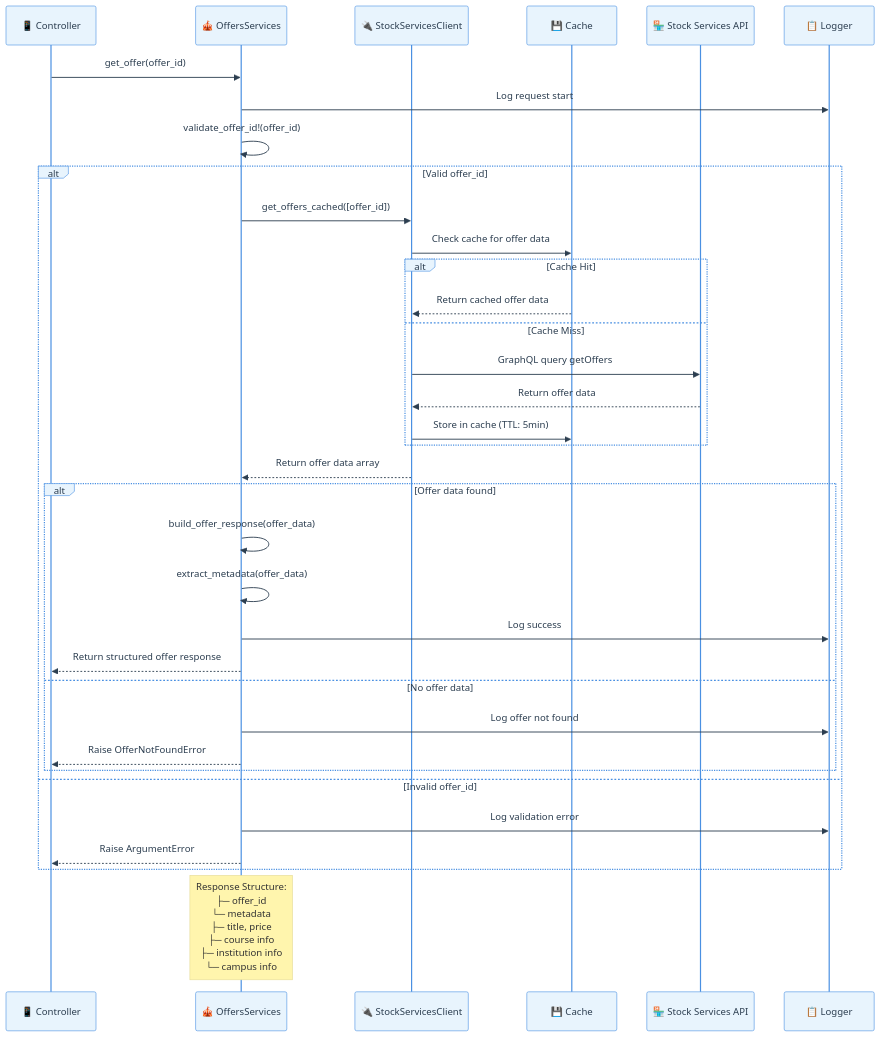
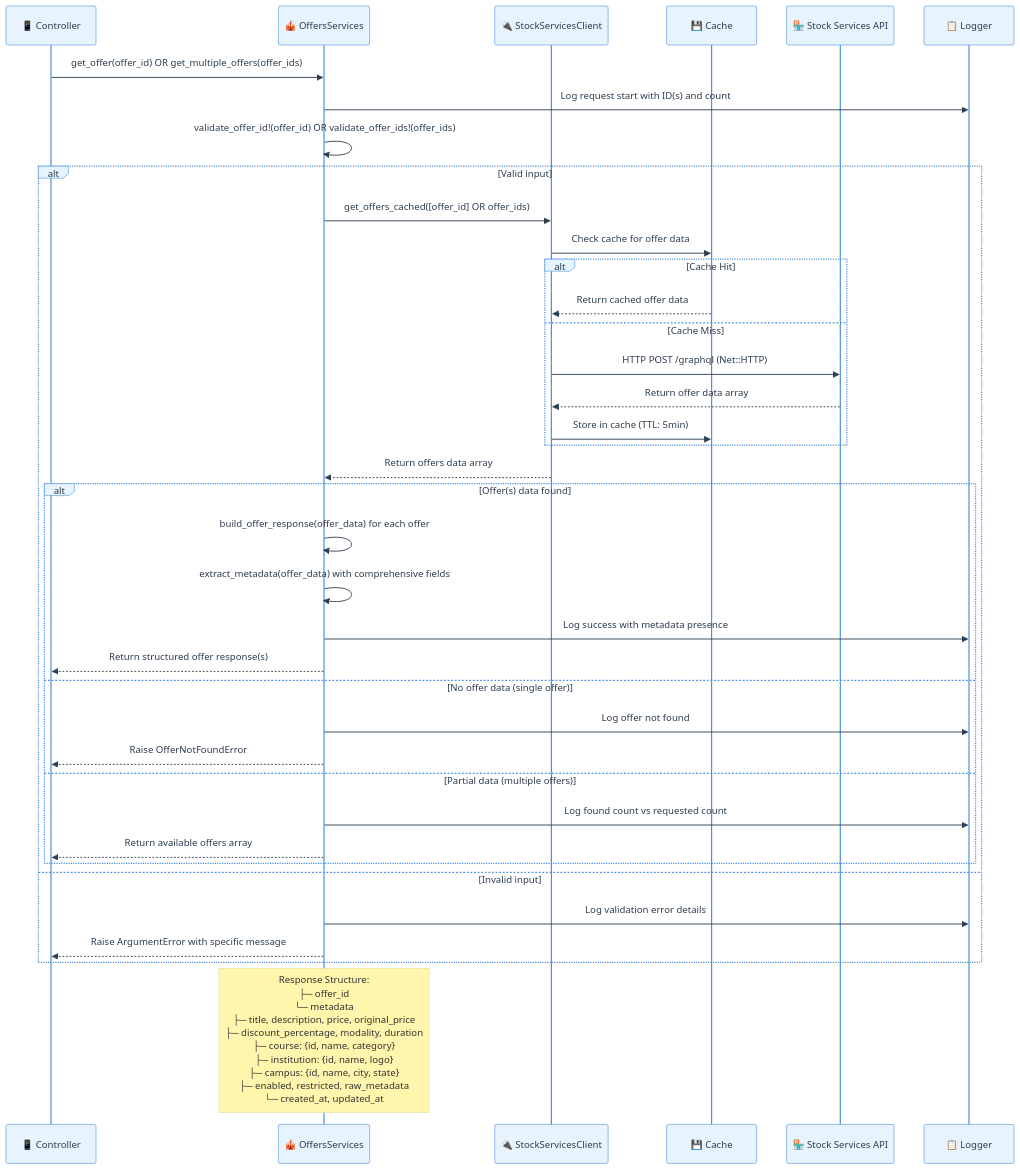
Before and after one commit to enogrob/project-qeevo-anubis: the fifth of 6 diagrams in inputs/started-requirements.md, drawn with Mermaid. The commit also changed other lines of this file, not shown here.

Commit message:
reviewed-started-requirements-due-to-offers-services

````diff
--- a/inputs/started-requirements.md
+++ b/inputs/started-requirements.md
@@ -373,58 +383,61 @@
 ```mermaid
 %%{init: {
   'theme':'base',
   'themeVariables': {
     'primaryColor':'#E8F4FD',
     'primaryBorderColor':'#4A90E2',
     'primaryTextColor':'#2C3E50',
     'secondaryColor':'#F0F8E8',
     'tertiaryColor':'#FDF2E8',
     'quaternaryColor':'#F8E8F8',
     'lineColor':'#5D6D7E',
     'fontFamily':'Inter,Segoe UI,Arial'
   }
 }}%%
 sequenceDiagram
     participant Controller as 📱 Controller
     participant OS as 🎪 OffersServices
     participant SSC as 🔌 StockServicesClient
     participant Cache as 💾 Cache
     participant API as 🏪 Stock Services API
     participant Logger as 📋 Logger
     
-    Controller->>OS: get_offer(offer_id)
-    OS->>Logger: Log request start
+    Controller->>OS: get_offer(offer_id) OR get_multiple_offers(offer_ids)
+    OS->>Logger: Log request start with ID(s) and count
     
-    OS->>OS: validate_offer_id!(offer_id)
+    OS->>OS: validate_offer_id!(offer_id) OR validate_offer_ids!(offer_ids)
     
-    alt Valid offer_id
-        OS->>SSC: get_offers_cached([offer_id])
+    alt Valid input
+        OS->>SSC: get_offers_cached([offer_id] OR offer_ids)
         SSC->>Cache: Check cache for offer data
         
         alt Cache Hit
             Cache-->>SSC: Return cached offer data
         else Cache Miss
-            SSC->>API: GraphQL query getOffers
-            API-->>SSC: Return offer data
+            SSC->>API: HTTP POST /graphql (Net::HTTP)
+            API-->>SSC: Return offer data array
             SSC->>Cache: Store in cache (TTL: 5min)
         end
         
-        SSC-->>OS: Return offer data array
+        SSC-->>OS: Return offers data array
         
-        alt Offer data found
-            OS->>OS: build_offer_response(offer_data)
-            OS->>OS: extract_metadata(offer_data)
-            OS->>Logger: Log success
-            OS-->>Controller: Return structured offer response
-        else No offer data
+        alt Offer(s) data found
+            OS->>OS: build_offer_response(offer_data) for each offer
+            OS->>OS: extract_metadata(offer_data) with comprehensive fields
+            OS->>Logger: Log success with metadata presence
+            OS-->>Controller: Return structured offer response(s)
+        else No offer data (single offer)
             OS->>Logger: Log offer not found
             OS-->>Controller: Raise OfferNotFoundError
+        else Partial data (multiple offers)
+            OS->>Logger: Log found count vs requested count
+            OS-->>Controller: Return available offers array
         end
         
-    else Invalid offer_id
-        OS->>Logger: Log validation error
-        OS-->>Controller: Raise ArgumentError
+    else Invalid input
+        OS->>Logger: Log validation error details
+        OS-->>Controller: Raise ArgumentError with specific message
     end
     
-    Note over OS: Response Structure:<br/>├─ offer_id<br/>└─ metadata<br/>   ├─ title, price<br/>   ├─ course info<br/>   ├─ institution info<br/>   └─ campus info
+    Note over OS: Response Structure:<br/>├─ offer_id<br/>└─ metadata<br/>   ├─ title, description, price, original_price<br/>   ├─ discount_percentage, modality, duration<br/>   ├─ course: {id, name, category}<br/>   ├─ institution: {id, name, logo}<br/>   ├─ campus: {id, name, city, state}<br/>   ├─ enabled, restricted, raw_metadata<br/>   └─ created_at, updated_at
 ```
````
